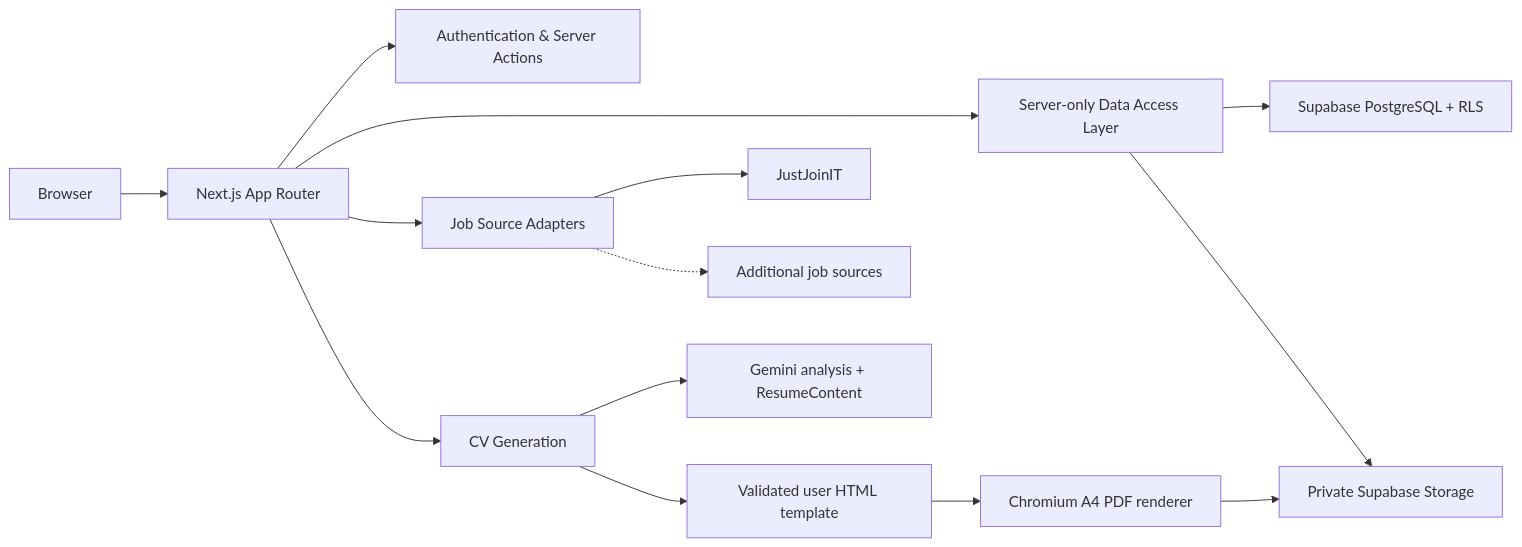
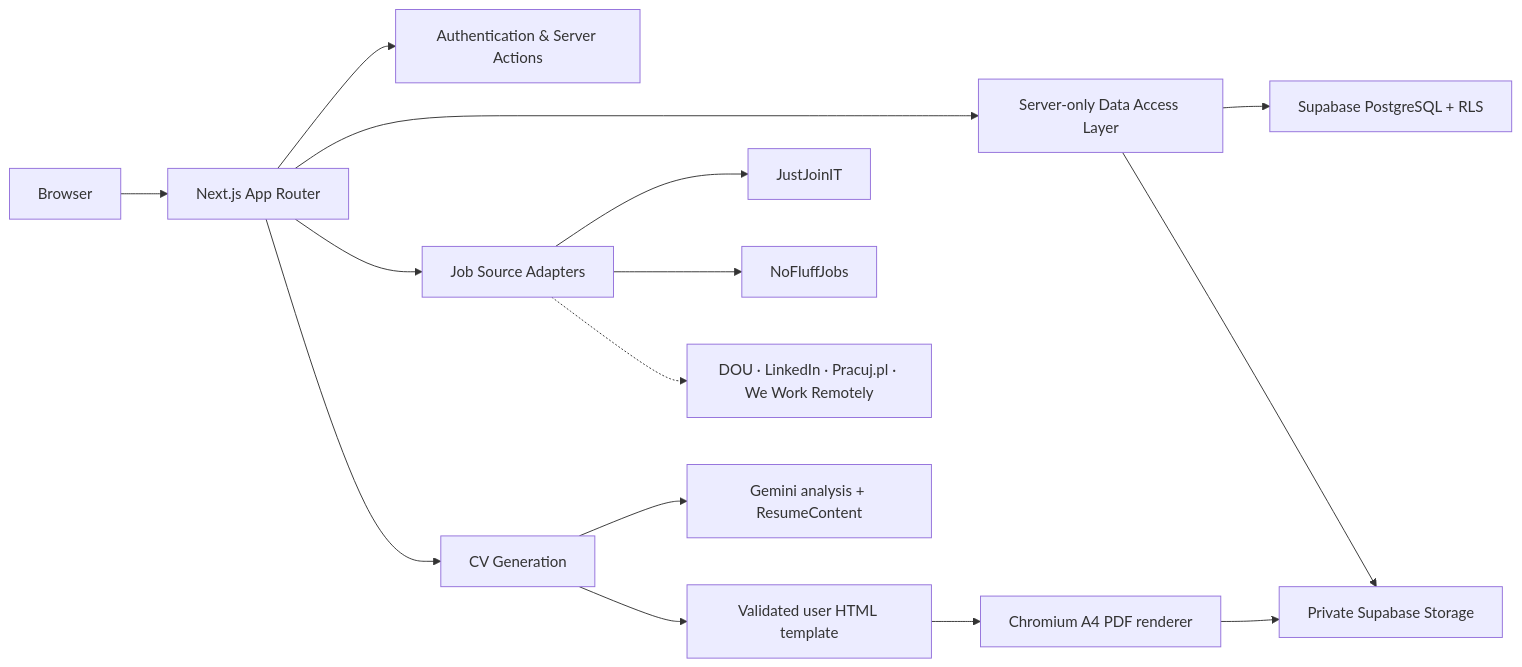
The diagram in README.md (yevhen-bychkov-dev/job_search), drawn with Mermaid before and after one commit. The commit also changed other lines of this file and 24 other files, not shown here.

````diff
--- a/README.md
+++ b/README.md
@@ -38,20 +38,21 @@
 ```mermaid
 flowchart LR
     Browser --> Next["Next.js App Router"]
 
     Next --> Auth["Authentication & Server Actions"]
     Next --> DAL["Server-only Data Access Layer"]
     Next --> Sources["Job Source Adapters"]
     Next --> CV["CV Generation"]
 
     DAL --> DB["Supabase PostgreSQL + RLS"]
     DAL --> Storage["Private Supabase Storage"]
 
     Sources --> JJ["JustJoinIT"]
-    Sources -.-> Future["Additional job sources"]
+    Sources --> NF["NoFluffJobs"]
+    Sources -.-> Outbound["DOU · LinkedIn · Pracuj.pl · We Work Remotely"]
 
     CV --> Gemini["Gemini analysis + ResumeContent"]
     CV --> Template["Validated user HTML template"]
     Template --> PDF["Chromium A4 PDF renderer"]
     PDF --> Storage
 ```
````
